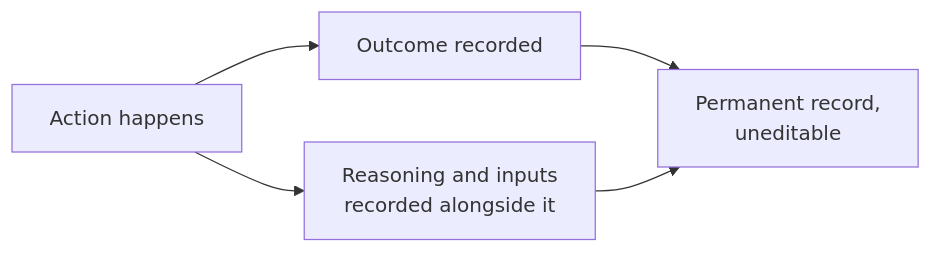
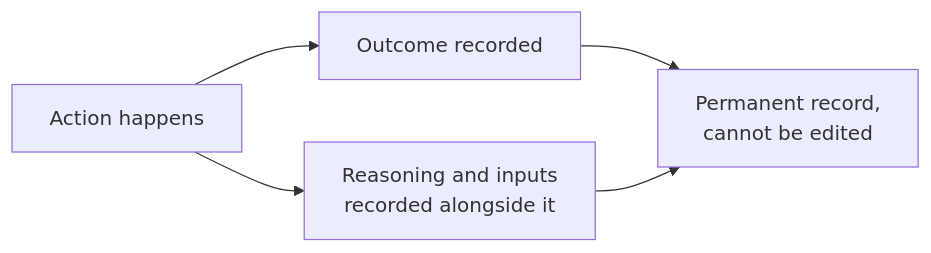
The diagram in technical/how-every-decision-can-be-traced-back.mdx (aashrutsharma/whitepaper), drawn with Mermaid before and after one commit. The commit also changed other lines of this file and 1 other file, not shown here.

````diff
--- a/technical/how-every-decision-can-be-traced-back.mdx
+++ b/technical/how-every-decision-can-be-traced-back.mdx
@@ -15,8 +17,7 @@
 ```mermaid
-
 flowchart LR
     A[Action happens] --> B[Outcome recorded]
-    A --> C[Reasoning and inputs\nrecorded alongside it]
-    B --> D[Permanent record,\n uneditable]
+    A --> C[Reasoning and inputs<br/>recorded alongside it]
+    B --> D[Permanent record,<br/>cannot be edited]
     C --> D
 ```
````
